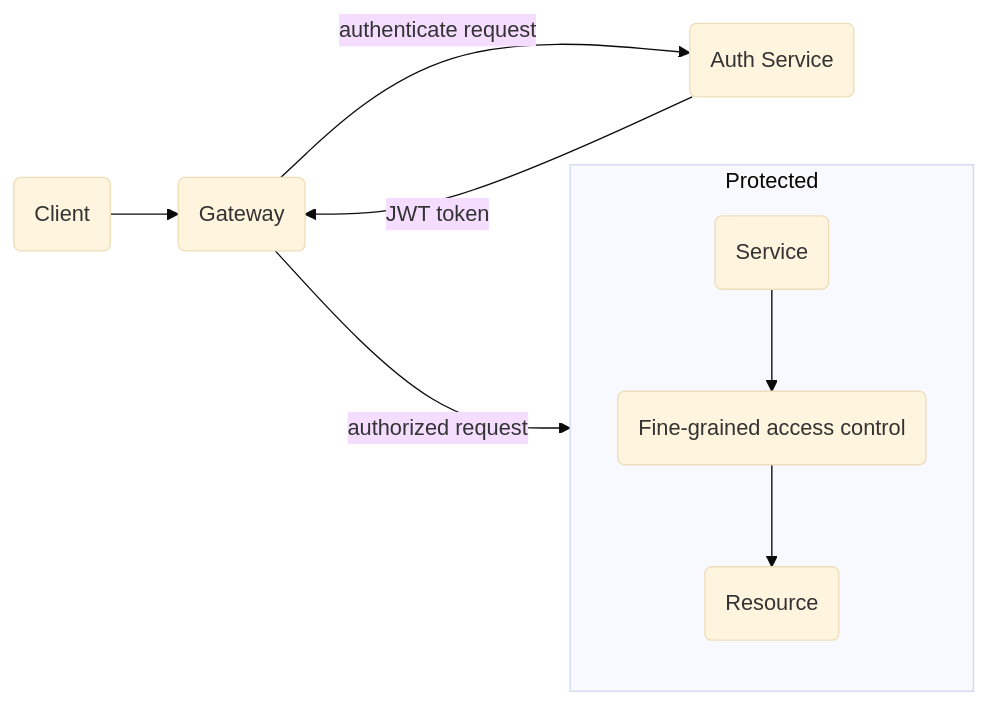
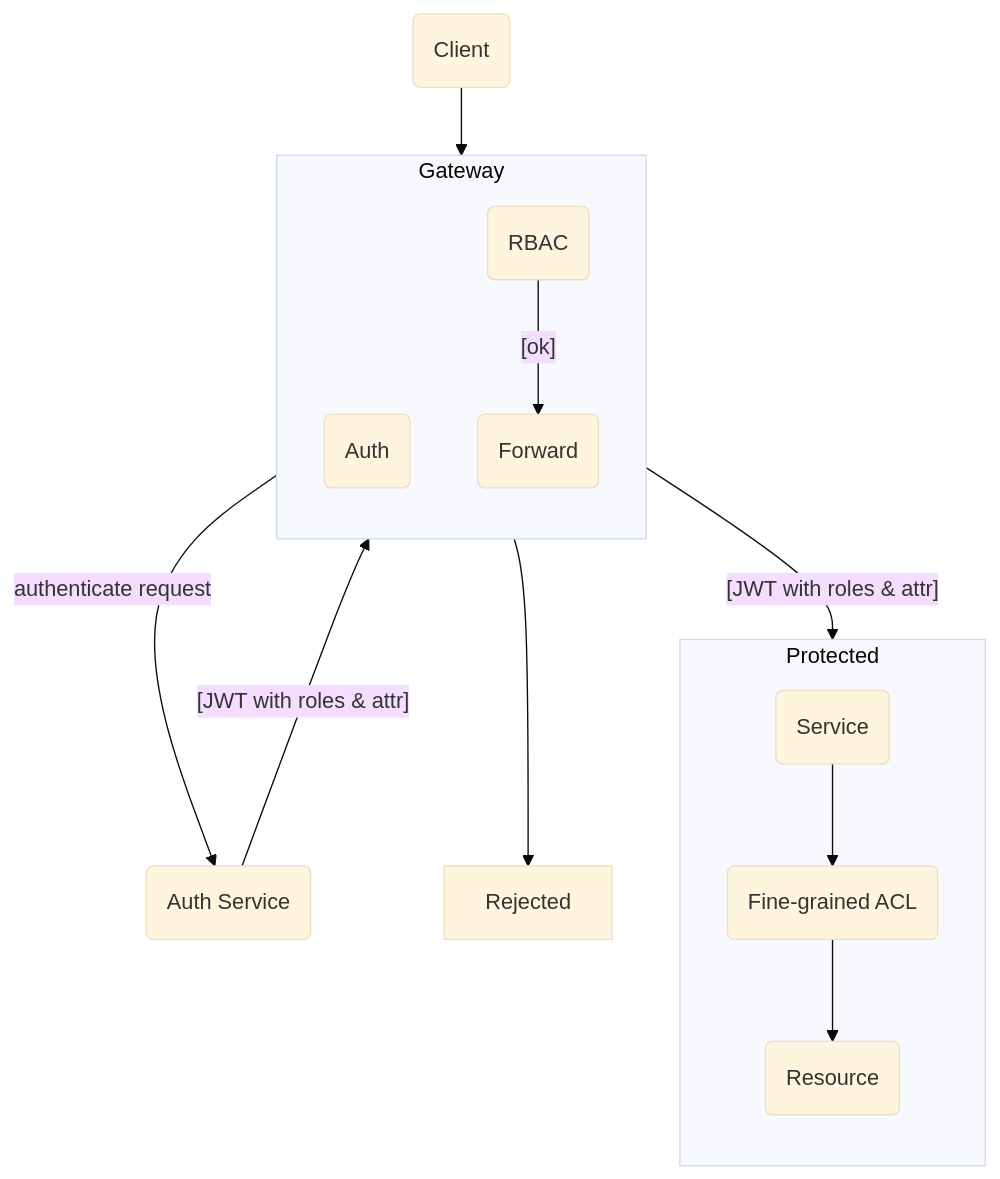
Before and after one commit to eidng8/go-attr-rbac: the diagram in README.md, drawn with Mermaid (base theme). The commit also changed other lines of this file, not shown here.

````diff
--- a/README.md
+++ b/README.md
@@ -5,12 +5,20 @@
 ```mermaid
-flowchart LR
-    C(Client) --> G(Gateway) -- authenticate request --> A(Auth Service)
+flowchart TB
+    C(Client) --> G1 -- authenticate request --> A(Auth Service)
+    
+    subgraph Gateway
+        direction TB
+        G1(Auth)
+        G2(RBAC) -- [ok] --> G3(Forward)
+    end
     
     subgraph Protected
         direction TB
-        S(Service) --> FG(Fine-grained access control)
+        S(Service) --> FG(Fine-grained ACL)
         FG --> R(Resource)
     end
 
-    A -- JWT token --> G -- authorized request --> Protected
+    A -- [JWT with roles & attr] --> G2
+    G2 --> Rejected
+    G3 -- [JWT with roles & attr] --> S
 ```
````
